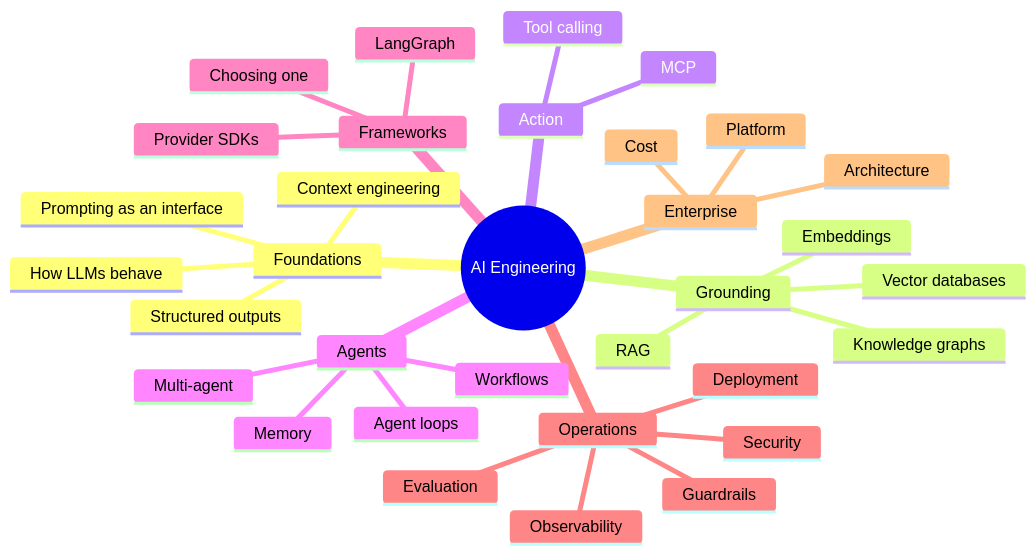
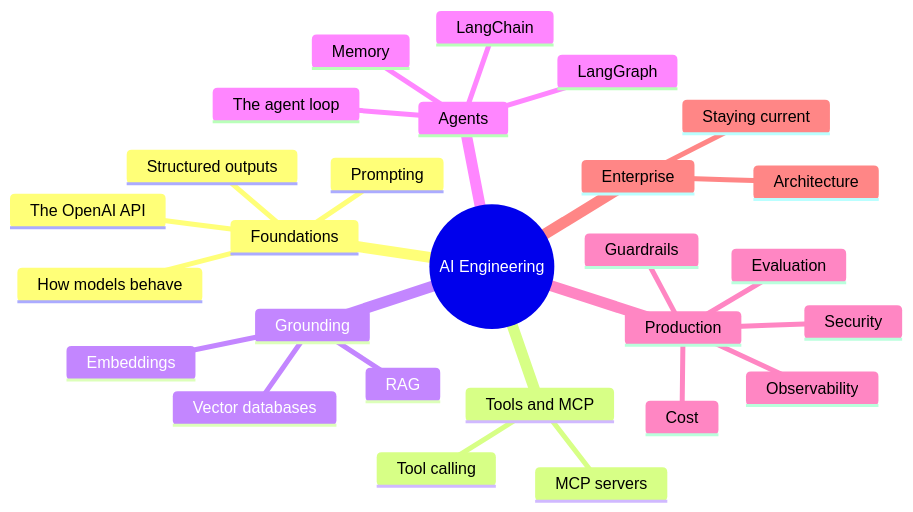
One commit to mohakhan03uk/enterprise-ai-engineering-playbook changed the first of 2 diagrams in README.md. Above: the diagram before and after it, drawn with Mermaid. The commit also changed other lines of this file and 11 other files, not shown here.

````diff
--- a/README.md
+++ b/README.md
@@ -51,36 +76,30 @@
 ```mermaid
 mindmap
   root((AI Engineering))
     Foundations
-      How LLMs behave
-      Prompting as an interface
+      How models behave
+      The OpenAI API
+      Prompting
       Structured outputs
-      Context engineering
+    Tools and MCP
+      Tool calling
+      MCP servers
     Grounding
       Embeddings
       RAG
       Vector databases
-      Knowledge graphs
-    Action
-      Tool calling
-      MCP
     Agents
-      Agent loops
-      Workflows
+      The agent loop
+      LangChain
+      LangGraph
       Memory
-      Multi-agent
-    Frameworks
-      Choosing one
-      LangGraph
-      Provider SDKs
-    Operations
+    Production
       Evaluation
       Observability
       Guardrails
       Security
-      Deployment
+      Cost
     Enterprise
       Architecture
-      Cost
-      Platform
+      Staying current
 ```
````
